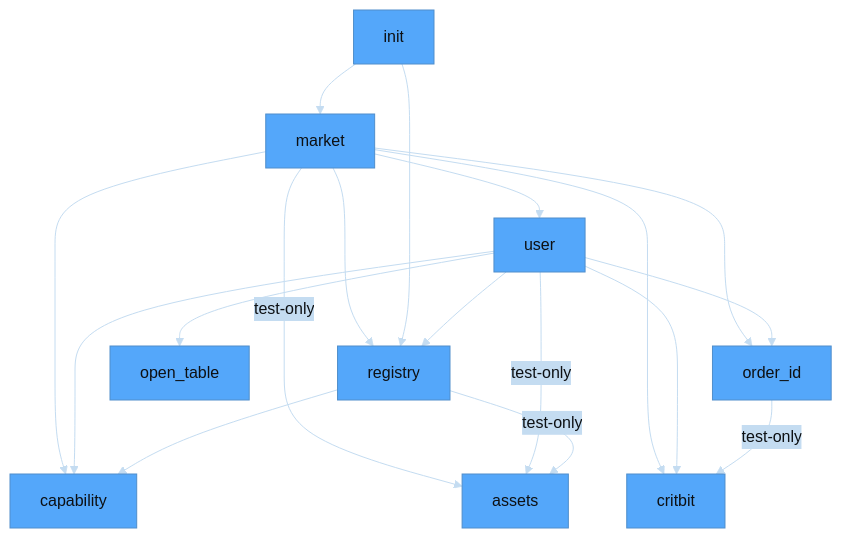
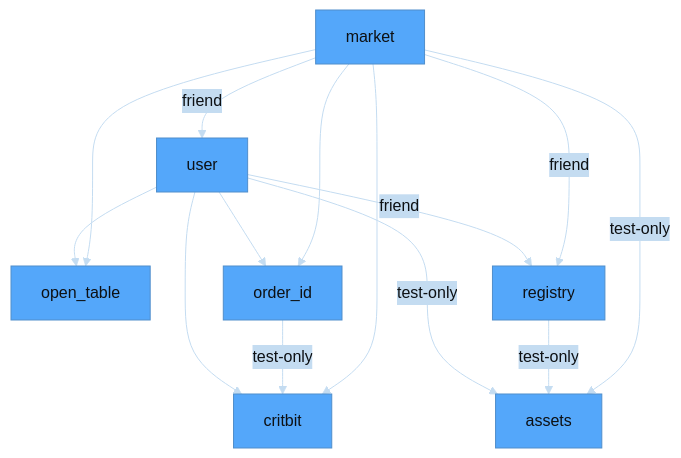
Before and after one commit to econia-labs/econia: the diagram in src/move/econia/dependencies.md, drawn with Mermaid. The commit also changed 13 other files, not shown here.

````diff
--- a/src/move/econia/dependencies.md
+++ b/src/move/econia/dependencies.md
@@ -5,25 +5,21 @@
 ```mermaid
 
 %%{init: {'theme': 'base', 'themeVariables': {'primaryColor': '#54a7fa', 'lineColor': '#c4dcf1', 'primaryTextColor': '#0d1013', 'secondaryColor': '#c4dcf1'}}}%%
 
 flowchart TD
 
-    market --> critbit
-    market --> registry
-    market --> capability
-    market --> |test-only| assets
-    market --> user
-    market --> order_id
-    init --> registry
-    init --> market
-    user --> capability
+    user --> open_table
     user --> critbit
-    user --> open_table
     user --> order_id
-    user --> registry
+    user --> |friend| registry
     user --> |test-only| assets
-    registry --> capability
     registry --> |test-only| assets
     order_id --> |test-only| critbit
+    market --> critbit
+    market --> open_table
+    market --> |friend| registry
+    market --> |test-only| assets
+    market --> |friend| user
+    market --> order_id
 
 ```
````
